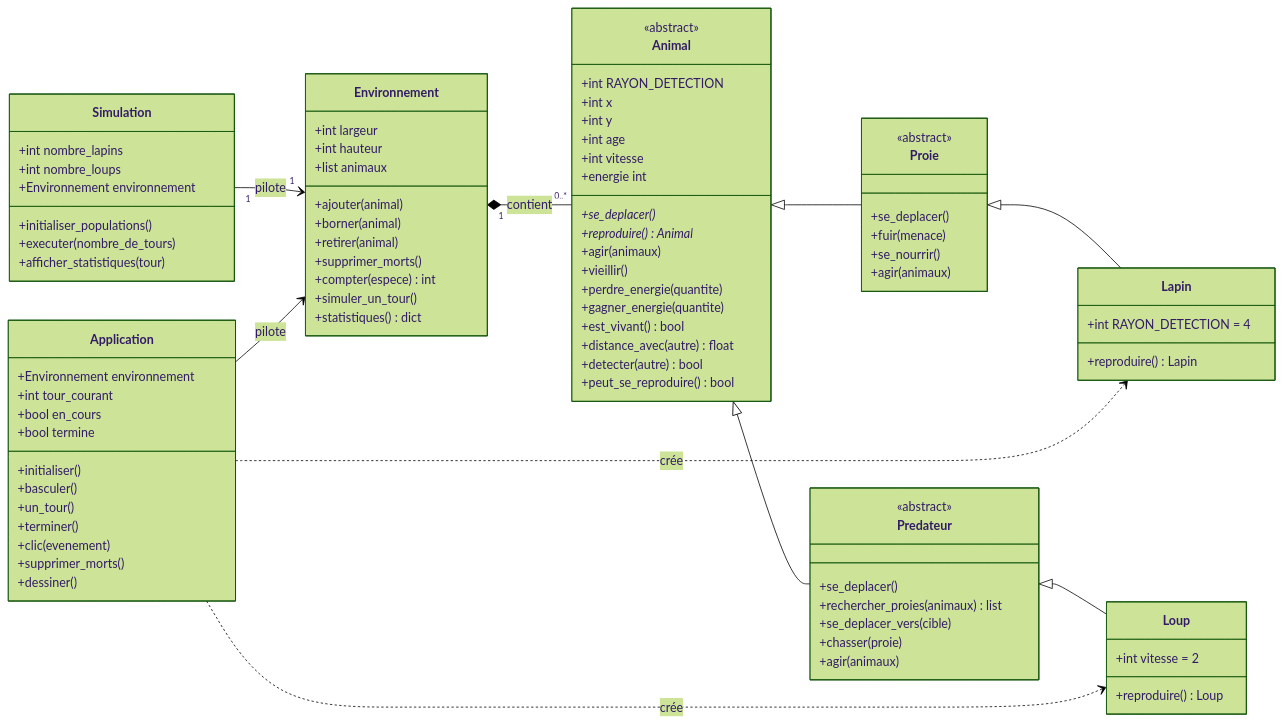
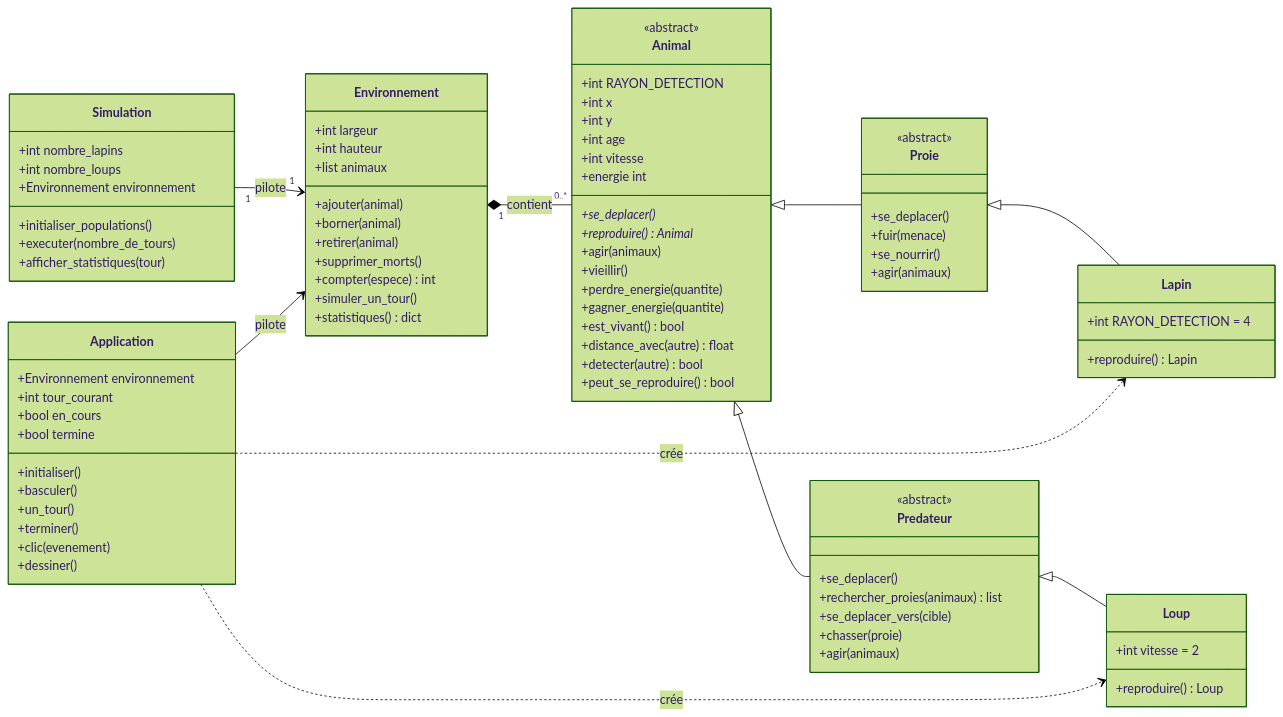
The third of 3 diagrams in rapport.md (hmty-CHEN/POO-TP1), drawn with Mermaid (forest theme) before and after one commit. The commit also changed other lines of this file and 1 other file, not shown here.

Commit message:
Suppression du bouton de nettoyage des morts (automatique)

```diff
--- a/rapport.md
+++ b/rapport.md
@@ -232,7 +232,6 @@
         +un_tour()
         +terminer()
         +clic(evenement)
-        +supprimer_morts()
         +dessiner()
     }
 
```
